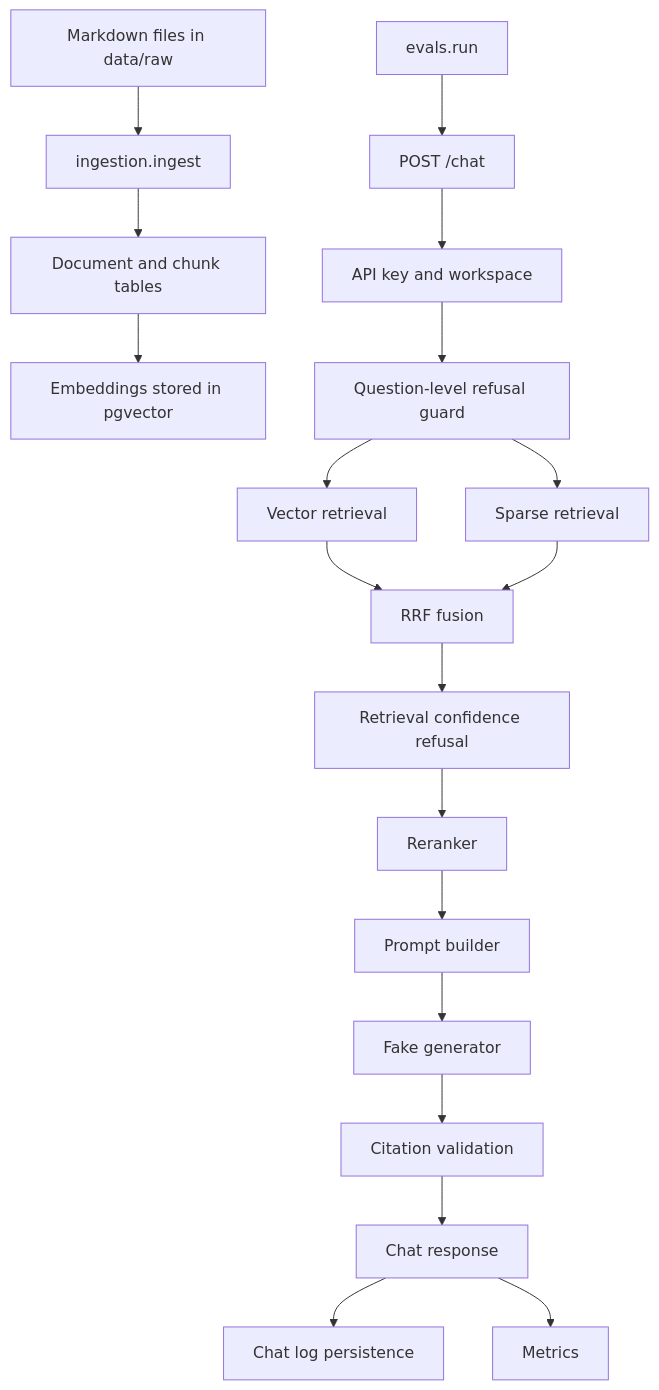
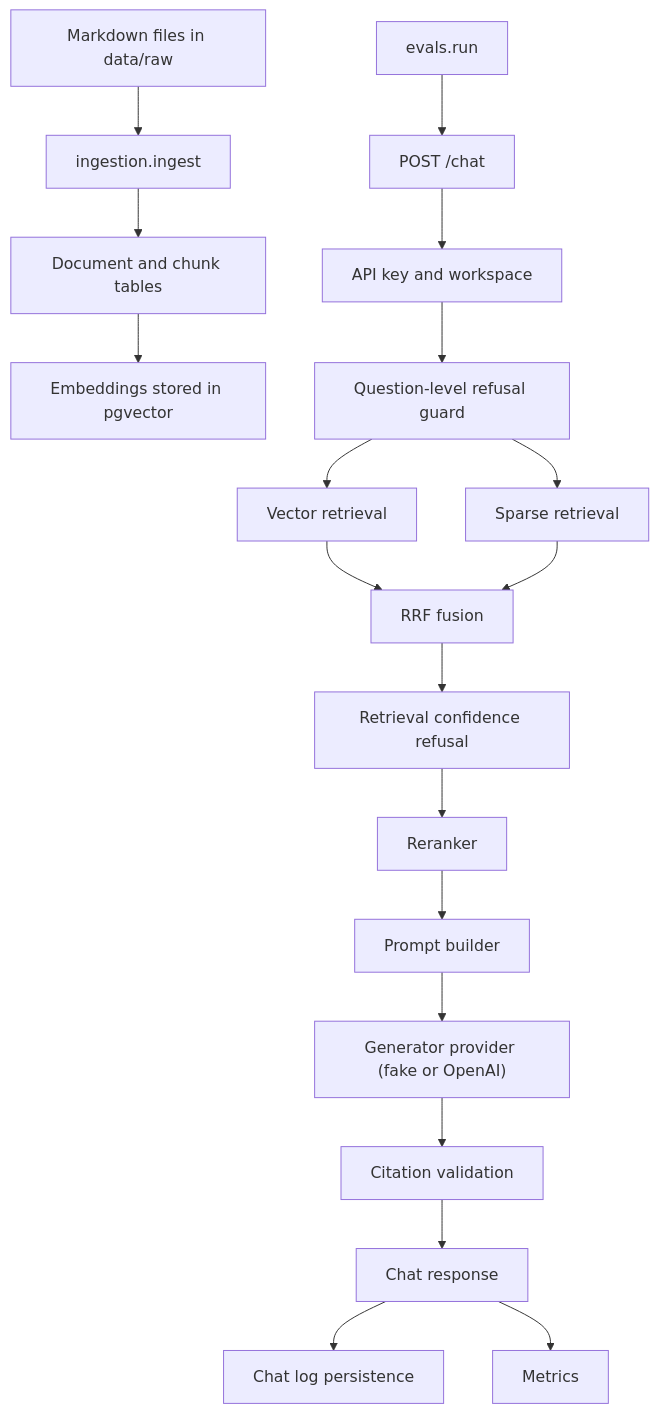
One commit to ictup/production-rag-assistant changed the diagram in docs/PROJECT_HANDOFF.md. Above: the diagram before and after it, drawn with Mermaid. The commit also changed other lines of this file and 3 other files, not shown here.

````diff
--- a/docs/PROJECT_HANDOFF.md
+++ b/docs/PROJECT_HANDOFF.md
@@ -430,21 +438,21 @@
 ```mermaid
 flowchart TD
     A["Markdown files in data/raw"] --> B["ingestion.ingest"]
     B --> C["Document and chunk tables"]
     C --> D["Embeddings stored in pgvector"]
     E["POST /chat"] --> F["API key and workspace"]
     F --> G["Question-level refusal guard"]
     G --> H["Vector retrieval"]
     G --> I["Sparse retrieval"]
     H --> J["RRF fusion"]
     I --> J
     J --> K["Retrieval confidence refusal"]
     K --> L["Reranker"]
     L --> M["Prompt builder"]
-    M --> N["Fake generator"]
+    M --> N["Generator provider (fake or OpenAI)"]
     N --> O["Citation validation"]
     O --> P["Chat response"]
     P --> Q["Chat log persistence"]
     P --> R["Metrics"]
     S["evals.run"] --> E
 ```
````
